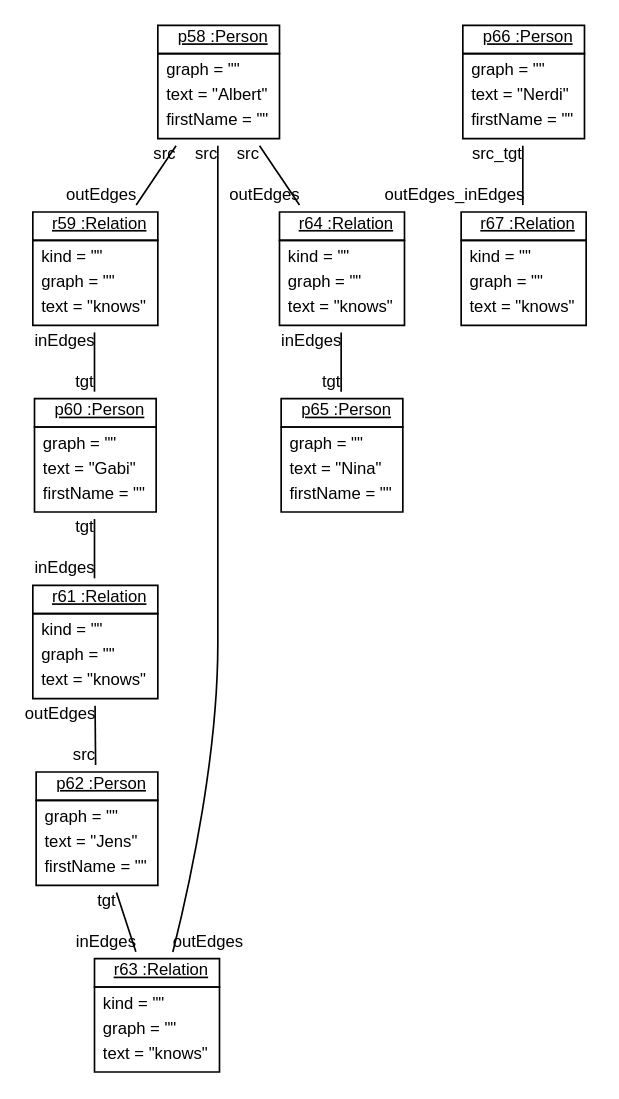
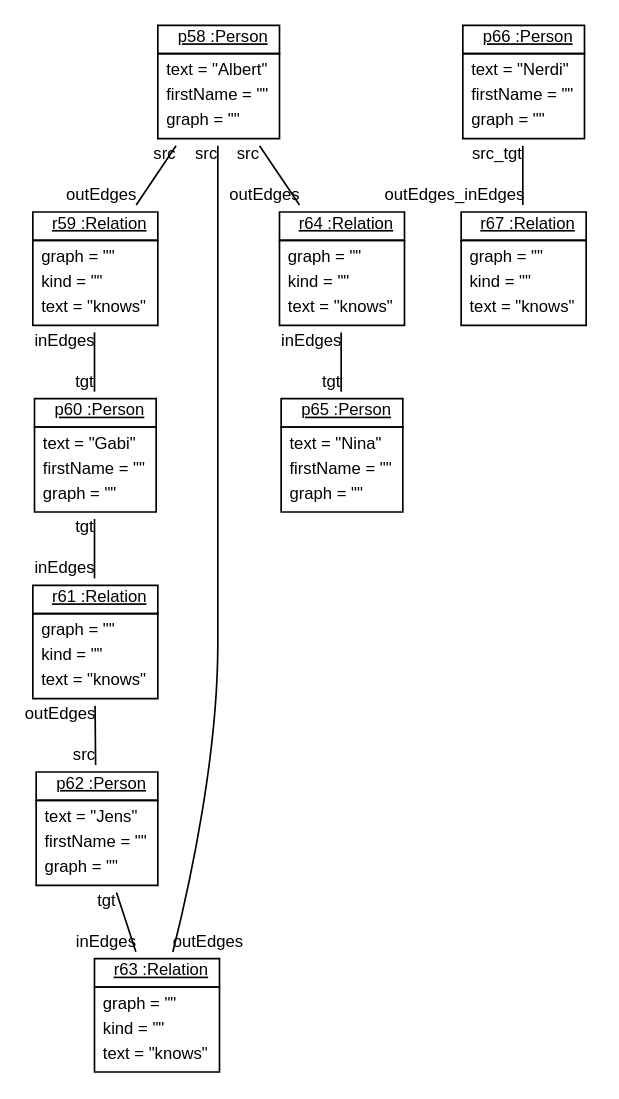
One commit to fujaba/SDMLib changed the diagram in doc/BanfM2MTransformation20.dot. Above: the diagram before and after it, drawn with Graphviz. The commit also changed 36 other files, not shown here.

```diff
--- a/doc/BanfM2MTransformation20.dot
+++ b/doc/BanfM2MTransformation20.dot
@@ -1,26 +1,26 @@
 graph ObjectDiagram {
    node [shape = none, fontsize = 10, fontname = "Arial"];
    edge [fontsize = 10, fontname = "Arial"];
    compound=true;
 
-p58 [label=<<table border='0' cellborder='1' cellspacing='0'> <tr> <td href="../examples/org/sdmlib/examples/m2m/Person.java"> <u>p58 :Person</u></td></tr><tr><td><table border='0' cellborder='0' cellspacing='0'><tr><td align='left'>graph = ""</td></tr><tr><td align='left'>text = "Albert"</td></tr><tr><td align='left'>firstName = ""</td></tr></table></td></tr></table>>];
-r59 [label=<<table border='0' cellborder='1' cellspacing='0'> <tr> <td href="../examples/org/sdmlib/examples/m2m/Relation.java"> <u>r59 :Relation</u></td></tr><tr><td><table border='0' cellborder='0' cellspacing='0'><tr><td align='left'>kind = ""</td></tr><tr><td align='left'>graph = ""</td></tr><tr><td align='left'>text = "knows"</td></tr></table></td></tr></table>>];
-p60 [label=<<table border='0' cellborder='1' cellspacing='0'> <tr> <td href="../examples/org/sdmlib/examples/m2m/Person.java"> <u>p60 :Person</u></td></tr><tr><td><table border='0' cellborder='0' cellspacing='0'><tr><td align='left'>graph = ""</td></tr><tr><td align='left'>text = "Gabi"</td></tr><tr><td align='left'>firstName = ""</td></tr></table></td></tr></table>>];
-r61 [label=<<table border='0' cellborder='1' cellspacing='0'> <tr> <td href="../examples/org/sdmlib/examples/m2m/Relation.java"> <u>r61 :Relation</u></td></tr><tr><td><table border='0' cellborder='0' cellspacing='0'><tr><td align='left'>kind = ""</td></tr><tr><td align='left'>graph = ""</td></tr><tr><td align='left'>text = "knows"</td></tr></table></td></tr></table>>];
-p62 [label=<<table border='0' cellborder='1' cellspacing='0'> <tr> <td href="../examples/org/sdmlib/examples/m2m/Person.java"> <u>p62 :Person</u></td></tr><tr><td><table border='0' cellborder='0' cellspacing='0'><tr><td align='left'>graph = ""</td></tr><tr><td align='left'>text = "Jens"</td></tr><tr><td align='left'>firstName = ""</td></tr></table></td></tr></table>>];
-r63 [label=<<table border='0' cellborder='1' cellspacing='0'> <tr> <td href="../examples/org/sdmlib/examples/m2m/Relation.java"> <u>r63 :Relation</u></td></tr><tr><td><table border='0' cellborder='0' cellspacing='0'><tr><td align='left'>kind = ""</td></tr><tr><td align='left'>graph = ""</td></tr><tr><td align='left'>text = "knows"</td></tr></table></td></tr></table>>];
-r64 [label=<<table border='0' cellborder='1' cellspacing='0'> <tr> <td href="../examples/org/sdmlib/examples/m2m/Relation.java"> <u>r64 :Relation</u></td></tr><tr><td><table border='0' cellborder='0' cellspacing='0'><tr><td align='left'>kind = ""</td></tr><tr><td align='left'>graph = ""</td></tr><tr><td align='left'>text = "knows"</td></tr></table></td></tr></table>>];
-p65 [label=<<table border='0' cellborder='1' cellspacing='0'> <tr> <td href="../examples/org/sdmlib/examples/m2m/Person.java"> <u>p65 :Person</u></td></tr><tr><td><table border='0' cellborder='0' cellspacing='0'><tr><td align='left'>graph = ""</td></tr><tr><td align='left'>text = "Nina"</td></tr><tr><td align='left'>firstName = ""</td></tr></table></td></tr></table>>];
-p66 [label=<<table border='0' cellborder='1' cellspacing='0'> <tr> <td href="../examples/org/sdmlib/examples/m2m/Person.java"> <u>p66 :Person</u></td></tr><tr><td><table border='0' cellborder='0' cellspacing='0'><tr><td align='left'>graph = ""</td></tr><tr><td align='left'>text = "Nerdi"</td></tr><tr><td align='left'>firstName = ""</td></tr></table></td></tr></table>>];
-r67 [label=<<table border='0' cellborder='1' cellspacing='0'> <tr> <td href="../examples/org/sdmlib/examples/m2m/Relation.java"> <u>r67 :Relation</u></td></tr><tr><td><table border='0' cellborder='0' cellspacing='0'><tr><td align='left'>kind = ""</td></tr><tr><td align='left'>graph = ""</td></tr><tr><td align='left'>text = "knows"</td></tr></table></td></tr></table>>];
+p58 [label=<<table border='0' cellborder='1' cellspacing='0'> <tr> <td href="../examples/org/sdmlib/examples/m2m/Person.java"> <u>p58 :Person</u></td></tr><tr><td><table border='0' cellborder='0' cellspacing='0'><tr><td align='left'>text = "Albert"</td></tr><tr><td align='left'>firstName = ""</td></tr><tr><td align='left'>graph = ""</td></tr></table></td></tr></table>>];
+r59 [label=<<table border='0' cellborder='1' cellspacing='0'> <tr> <td href="../examples/org/sdmlib/examples/m2m/Relation.java"> <u>r59 :Relation</u></td></tr><tr><td><table border='0' cellborder='0' cellspacing='0'><tr><td align='left'>graph = ""</td></tr><tr><td align='left'>kind = ""</td></tr><tr><td align='left'>text = "knows"</td></tr></table></td></tr></table>>];
+p60 [label=<<table border='0' cellborder='1' cellspacing='0'> <tr> <td href="../examples/org/sdmlib/examples/m2m/Person.java"> <u>p60 :Person</u></td></tr><tr><td><table border='0' cellborder='0' cellspacing='0'><tr><td align='left'>text = "Gabi"</td></tr><tr><td align='left'>firstName = ""</td></tr><tr><td align='left'>graph = ""</td></tr></table></td></tr></table>>];
+r61 [label=<<table border='0' cellborder='1' cellspacing='0'> <tr> <td href="../examples/org/sdmlib/examples/m2m/Relation.java"> <u>r61 :Relation</u></td></tr><tr><td><table border='0' cellborder='0' cellspacing='0'><tr><td align='left'>graph = ""</td></tr><tr><td align='left'>kind = ""</td></tr><tr><td align='left'>text = "knows"</td></tr></table></td></tr></table>>];
+p62 [label=<<table border='0' cellborder='1' cellspacing='0'> <tr> <td href="../examples/org/sdmlib/examples/m2m/Person.java"> <u>p62 :Person</u></td></tr><tr><td><table border='0' cellborder='0' cellspacing='0'><tr><td align='left'>text = "Jens"</td></tr><tr><td align='left'>firstName = ""</td></tr><tr><td align='left'>graph = ""</td></tr></table></td></tr></table>>];
+r63 [label=<<table border='0' cellborder='1' cellspacing='0'> <tr> <td href="../examples/org/sdmlib/examples/m2m/Relation.java"> <u>r63 :Relation</u></td></tr><tr><td><table border='0' cellborder='0' cellspacing='0'><tr><td align='left'>graph = ""</td></tr><tr><td align='left'>kind = ""</td></tr><tr><td align='left'>text = "knows"</td></tr></table></td></tr></table>>];
+r64 [label=<<table border='0' cellborder='1' cellspacing='0'> <tr> <td href="../examples/org/sdmlib/examples/m2m/Relation.java"> <u>r64 :Relation</u></td></tr><tr><td><table border='0' cellborder='0' cellspacing='0'><tr><td align='left'>graph = ""</td></tr><tr><td align='left'>kind = ""</td></tr><tr><td align='left'>text = "knows"</td></tr></table></td></tr></table>>];
+p65 [label=<<table border='0' cellborder='1' cellspacing='0'> <tr> <td href="../examples/org/sdmlib/examples/m2m/Person.java"> <u>p65 :Person</u></td></tr><tr><td><table border='0' cellborder='0' cellspacing='0'><tr><td align='left'>text = "Nina"</td></tr><tr><td align='left'>firstName = ""</td></tr><tr><td align='left'>graph = ""</td></tr></table></td></tr></table>>];
+p66 [label=<<table border='0' cellborder='1' cellspacing='0'> <tr> <td href="../examples/org/sdmlib/examples/m2m/Person.java"> <u>p66 :Person</u></td></tr><tr><td><table border='0' cellborder='0' cellspacing='0'><tr><td align='left'>text = "Nerdi"</td></tr><tr><td align='left'>firstName = ""</td></tr><tr><td align='left'>graph = ""</td></tr></table></td></tr></table>>];
+r67 [label=<<table border='0' cellborder='1' cellspacing='0'> <tr> <td href="../examples/org/sdmlib/examples/m2m/Relation.java"> <u>r67 :Relation</u></td></tr><tr><td><table border='0' cellborder='0' cellspacing='0'><tr><td align='left'>graph = ""</td></tr><tr><td align='left'>kind = ""</td></tr><tr><td align='left'>text = "knows"</td></tr></table></td></tr></table>>];
 
 p58 -- r59 [headlabel = "outEdges" taillabel = "src"];
 p58 -- r63 [headlabel = "outEdges" taillabel = "src"];
 p58 -- r64 [headlabel = "outEdges" taillabel = "src"];
 r59 -- p60 [headlabel = "tgt" taillabel = "inEdges"];
 p60 -- r61 [headlabel = "inEdges" taillabel = "tgt"];
 r61 -- p62 [headlabel = "src" taillabel = "outEdges"];
 p62 -- r63 [headlabel = "inEdges" taillabel = "tgt"];
 r64 -- p65 [headlabel = "tgt" taillabel = "inEdges"];
 p66 -- r67 [headlabel = "outEdges_inEdges" taillabel = "src_tgt"];
 }
```
